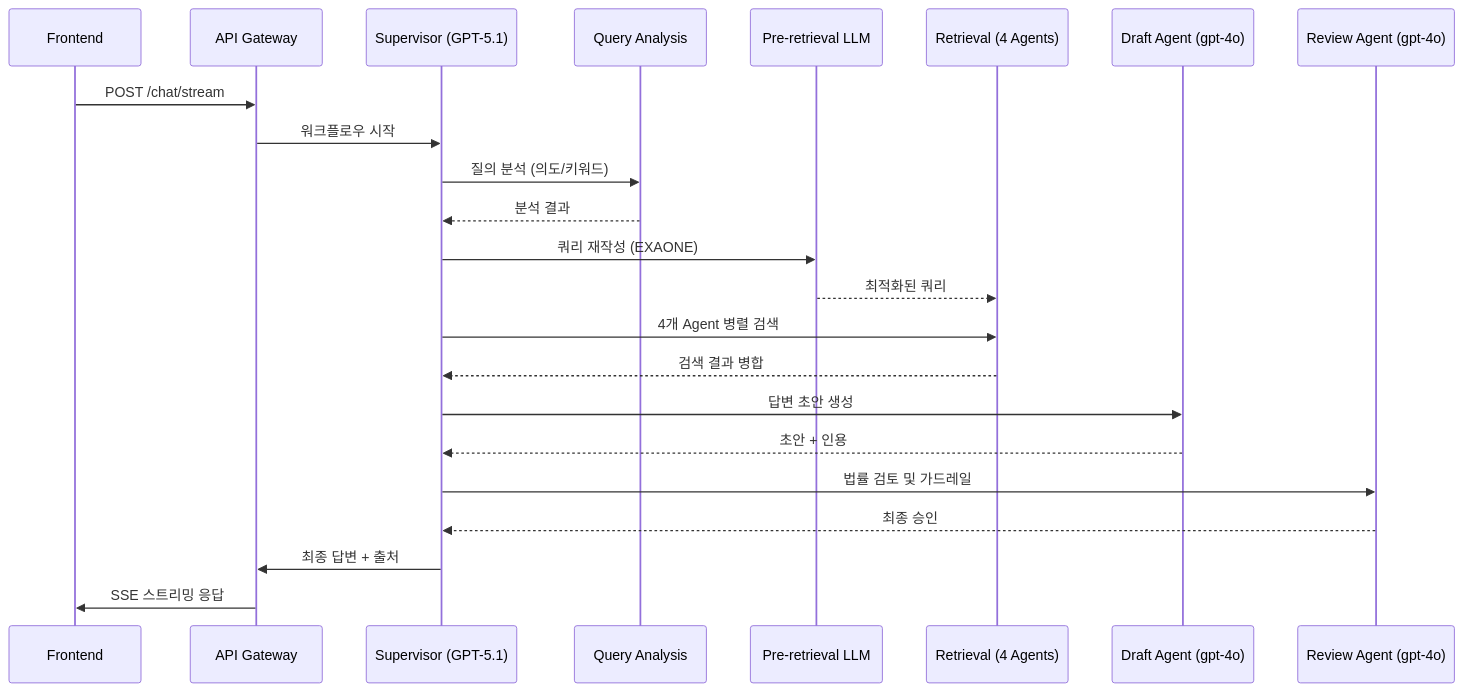
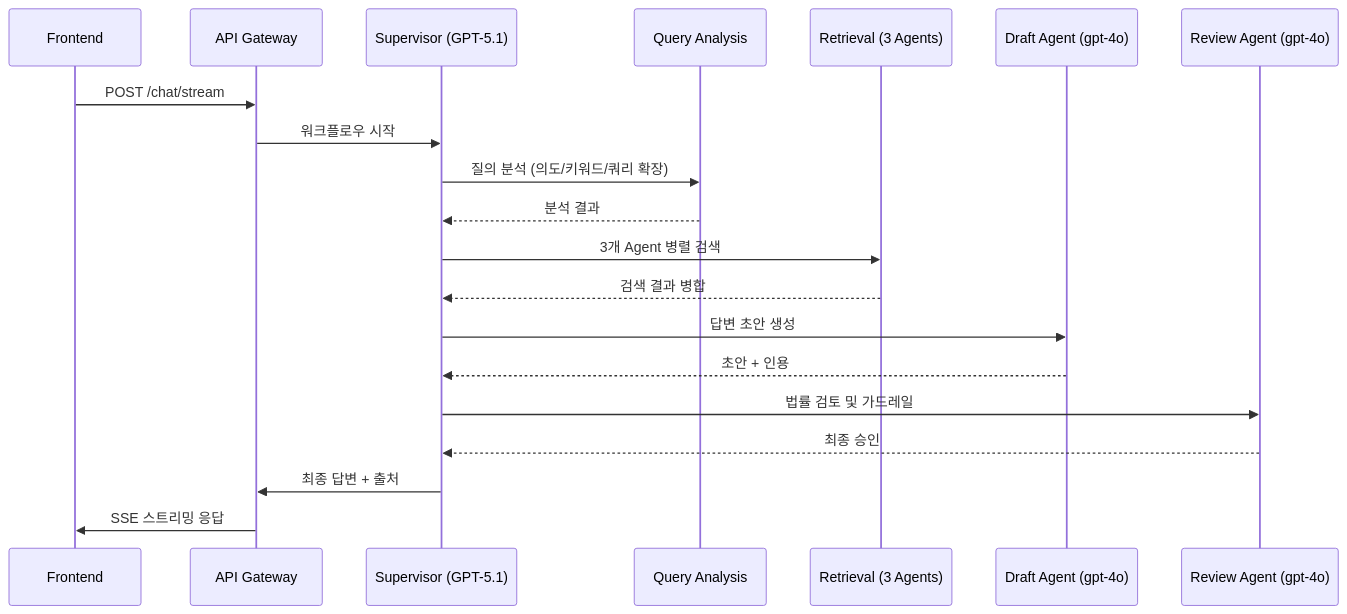
Before and after one commit to Maroco0109/Ddoksori: the second of 2 diagrams in README.md, drawn with Mermaid. The commit also changed other lines of this file and 58 other files, not shown here.

````diff
--- a/README.md
+++ b/README.md
@@ -173,26 +163,23 @@
 ```mermaid
 sequenceDiagram
     participant FE as Frontend
     participant API as API Gateway
     participant SUP as Supervisor (GPT-5.1)
     participant QA as Query Analysis
-    participant PRE as Pre-retrieval LLM
-    participant IR as Retrieval (4 Agents)
+    participant IR as Retrieval (3 Agents)
     participant AG as Draft Agent (gpt-4o)
     participant LR as Review Agent (gpt-4o)
 
     FE->>API: POST /chat/stream
     API->>SUP: 워크플로우 시작
-    SUP->>QA: 질의 분석 (의도/키워드)
+    SUP->>QA: 질의 분석 (의도/키워드/쿼리 확장)
     QA-->>SUP: 분석 결과
-    SUP->>PRE: 쿼리 재작성 (EXAONE)
-    PRE-->>IR: 최적화된 쿼리
-    SUP->>IR: 4개 Agent 병렬 검색
+    SUP->>IR: 3개 Agent 병렬 검색
     IR-->>SUP: 검색 결과 병합
     SUP->>AG: 답변 초안 생성
     AG-->>SUP: 초안 + 인용
     SUP->>LR: 법률 검토 및 가드레일
     LR-->>SUP: 최종 승인
     SUP->>API: 최종 답변 + 출처
     API->>FE: SSE 스트리밍 응답
 ```
````
